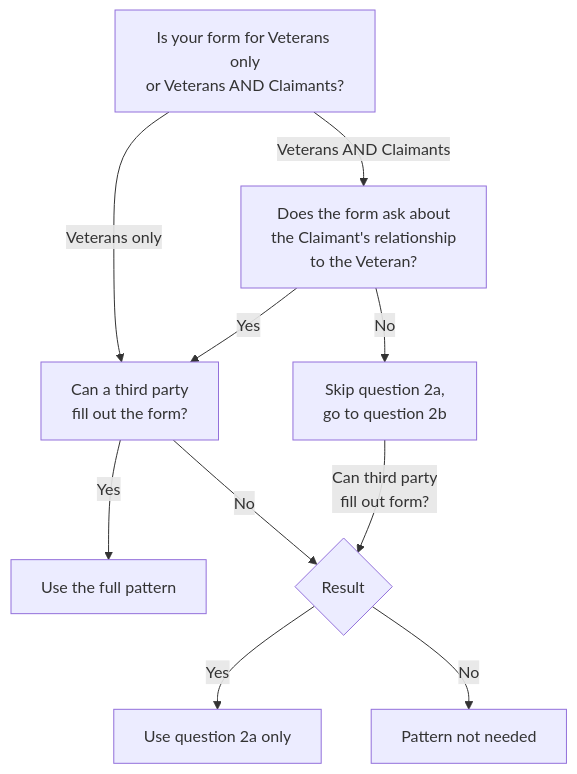
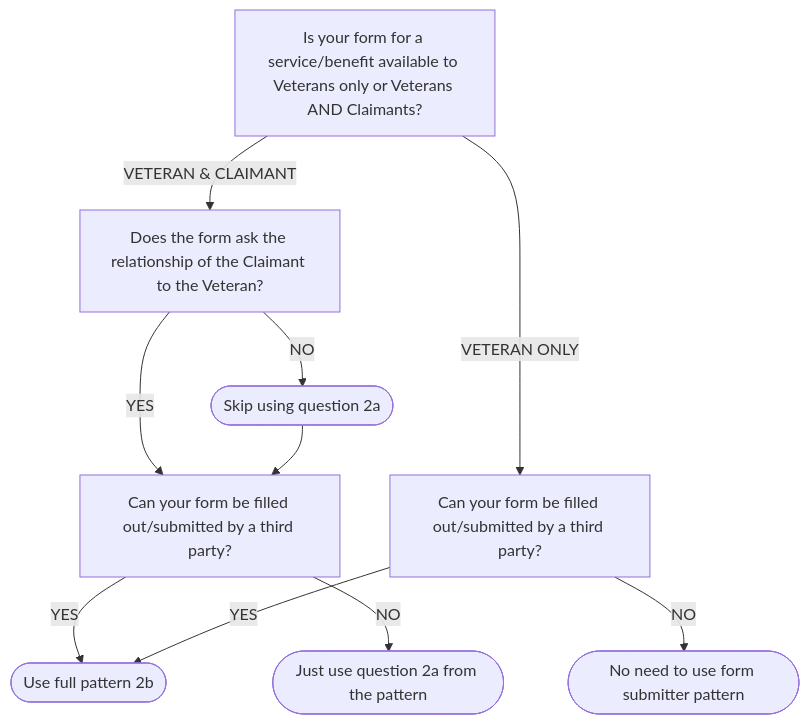
The diagram in src/_patterns/help-users-to/identify-who-is-filling-out-a-form.md (department-of-veterans-affairs/vets-design-system-documentation), drawn with Mermaid before and after one commit.

Commit message:
Update flowchart labels for clarity

````diff
--- a/src/_patterns/help-users-to/identify-who-is-filling-out-a-form.md
+++ b/src/_patterns/help-users-to/identify-who-is-filling-out-a-form.md
@@ -50,18 +50,18 @@
 ```mermaid
 flowchart TD
-    Start["Is your form for Veterans only<br/>or Veterans AND Claimants?"]
+    Start["Is your form for a service/benefit available to Veterans only or Veterans AND Claimants?"]
     
-    Start -->|Veterans AND Claimants| Q1["Does the form ask about<br/>the Claimant's relationship<br/>to the Veteran?"]
-    Start -->|Veterans only| Q2["Can a third party<br/>fill out the form?"]
+    Start -->|VETERAN & CLAIMANT| Q1["Does the form ask the relationship of the Claimant to the Veteran?"]
+    Start -->|VETERAN ONLY| Q2B["Can your form be filled out/submitted by a third party?"]
     
-    Q1 -->|Yes| Q2
-    Q1 -->|No| Skip["Skip question 2a,<br/>go to question 2b"]
+    Q1 -->|YES| Q2A["Can your form be filled out/submitted by a third party?"]
+    Q1 -->|NO| R1(["Skip using question 2a"])
+
+    R1 --> Q2A
     
-    Q2 -->|Yes| Use["Use the full pattern"]
-    Q2 -->|No| Result
+    Q2A -->|YES| R2(["Use full pattern 2b"])
+    Q2A -->|NO| R3(["Just use question 2a from the pattern"])
     
-    Skip -->|Can third party<br/>fill out form?| Result{"Result"}
-    
-    Result -->|Yes| Partial["Use question 2a only"]
-    Result -->|No| None["Pattern not needed"]
+    Q2B -->|NO| R4(["No need to use form submitter pattern"])
+    Q2B -->|YES| R2
 ```
````
